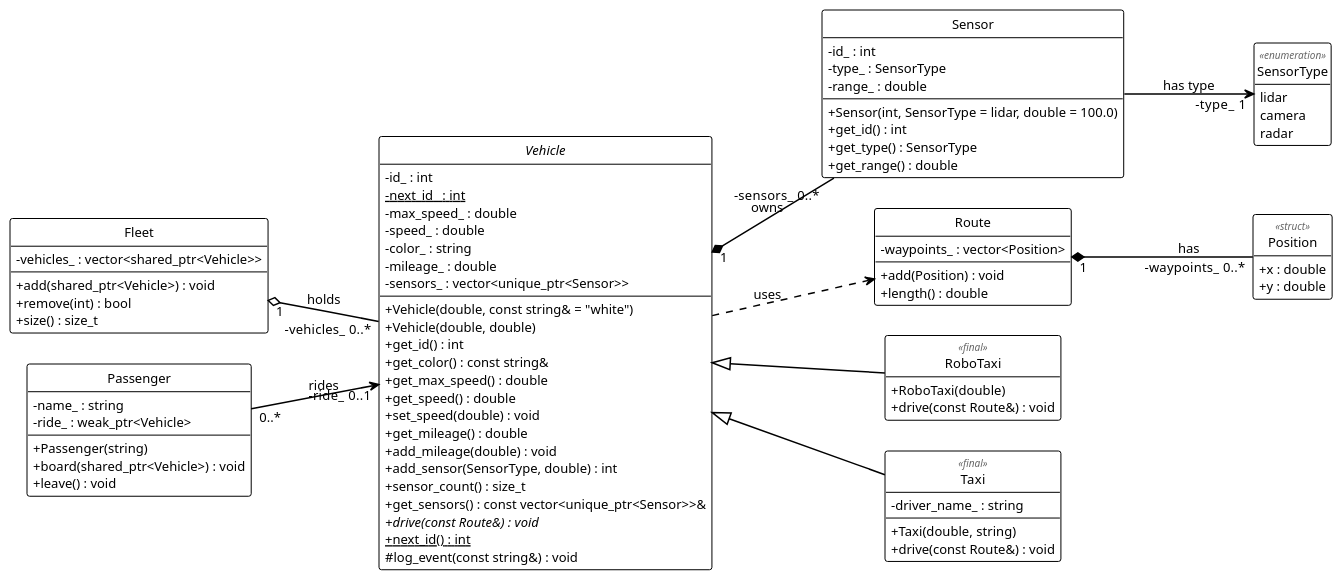
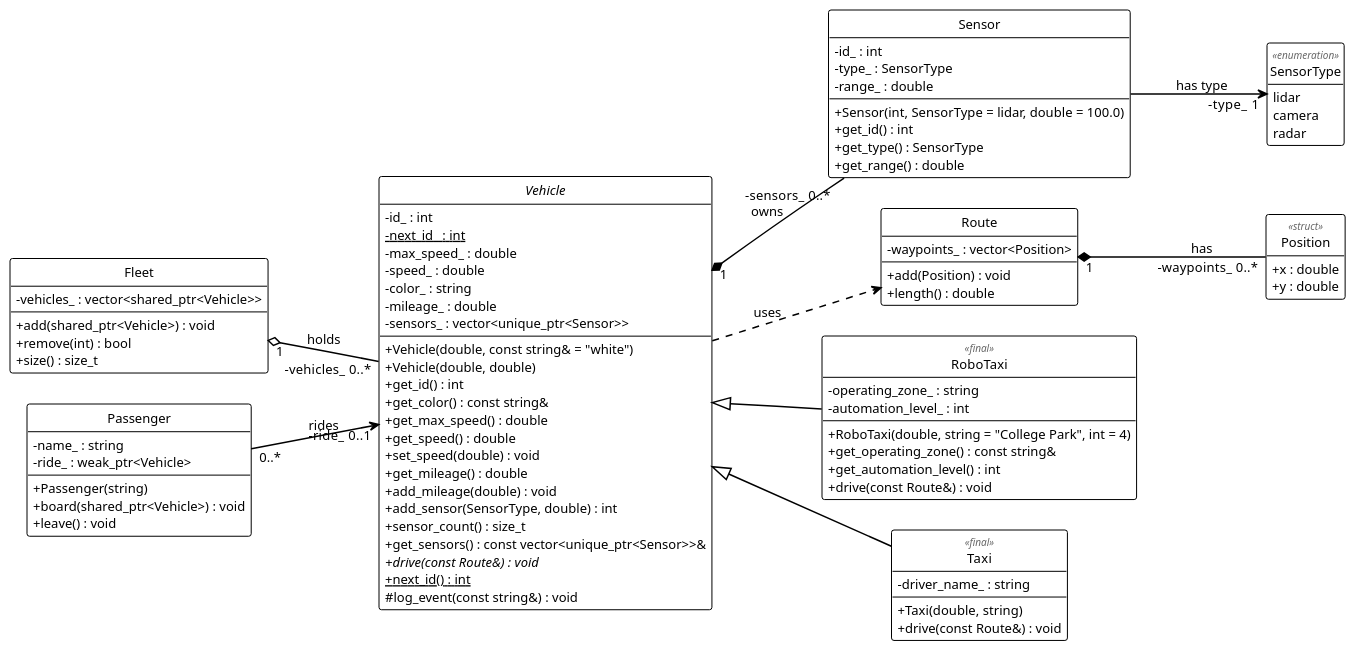
One commit to zeidk/enpm702-fall-2026-cpp changed the diagram in project/week9/uml/model_full_members.plantuml. Above: the diagram before and after it, drawn with PlantUML. The commit also changed 28 other files, not shown here.

First line of the commit message:
week9: RoboTaxi zone and automation level, find and erase_if examples, new slide numbers

```diff
--- a/project/week9/uml/model_full_members.plantuml
+++ b/project/week9/uml/model_full_members.plantuml
@@ -1,96 +1,100 @@
 @startuml model_full_members
 ' Generated for the slides.
 !theme mono
 skinparam backgroundColor white
 skinparam defaultFontName "Fira Sans"
 skinparam defaultFontSize 13
 skinparam shadowing false
 skinparam classAttributeIconSize 0
 skinparam nodesep 30
 skinparam ranksep 75
 skinparam ArrowThickness 1.5
 hide circle
 hide empty members
 
 
 left to right direction
 
 class Fleet {
   - vehicles_ : vector<shared_ptr<Vehicle>>
   + add(shared_ptr<Vehicle>) : void
   + remove(int) : bool
   + size() : size_t
 }
 class Passenger {
   - name_ : string
   - ride_ : weak_ptr<Vehicle>
   + Passenger(string)
   + board(shared_ptr<Vehicle>) : void
   + leave() : void
 }
 abstract class Vehicle {
   - id_ : int
   - {static} next_id_ : int
   - max_speed_ : double
   - speed_ : double
   - color_ : string
   - mileage_ : double
   - sensors_ : vector<unique_ptr<Sensor>>
   + Vehicle(double, const string& = "white")
   + Vehicle(double, double)
   + get_id() : int
   + get_color() : const string&
   + get_max_speed() : double
   + get_speed() : double
   + set_speed(double) : void
   + get_mileage() : double
   + add_mileage(double) : void
   + add_sensor(SensorType, double) : int
   + sensor_count() : size_t
   + get_sensors() : const vector<unique_ptr<Sensor>>&
   + {abstract} drive(const Route&) : void
   + {static} next_id() : int
   # log_event(const string&) : void
 }
 class Sensor {
   - id_ : int
   - type_ : SensorType
   - range_ : double
   + Sensor(int, SensorType = lidar, double = 100.0)
   + get_id() : int
   + get_type() : SensorType
   + get_range() : double
 }
 enum SensorType <<enumeration>> {
   lidar
   camera
   radar
 }
 class Route {
   - waypoints_ : vector<Position>
   + add(Position) : void
   + length() : double
 }
 class Position <<struct>> {
   + x : double
   + y : double
 }
 class RoboTaxi <<final>> {
-  + RoboTaxi(double)
+  - operating_zone_ : string
+  - automation_level_ : int
+  + RoboTaxi(double, string = "College Park", int = 4)
+  + get_operating_zone() : const string&
+  + get_automation_level() : int
   + drive(const Route&) : void
 }
 class Taxi <<final>> {
   - driver_name_ : string
   + Taxi(double, string)
   + drive(const Route&) : void
 }
 
 Fleet "1" o-- "-vehicles_  0..*" Vehicle : holds
 Passenger "0..*" --> "-ride_  0..1" Vehicle : rides
 Vehicle "1" *-- "-sensors_  0..*" Sensor : owns
 Vehicle ..> Route : uses
 Route "1" *-- "-waypoints_  0..*" Position : has
 Sensor --> "-type_  1" SensorType : has type
 Vehicle <|-- RoboTaxi
 Vehicle <|-- Taxi
 @enduml
```
